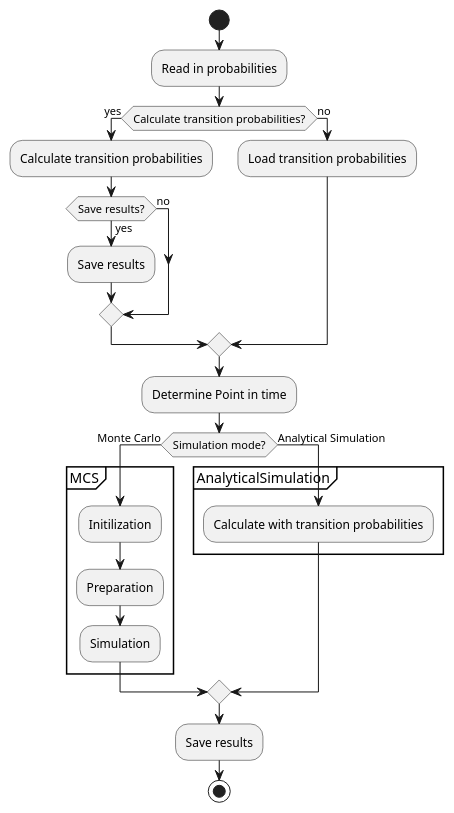
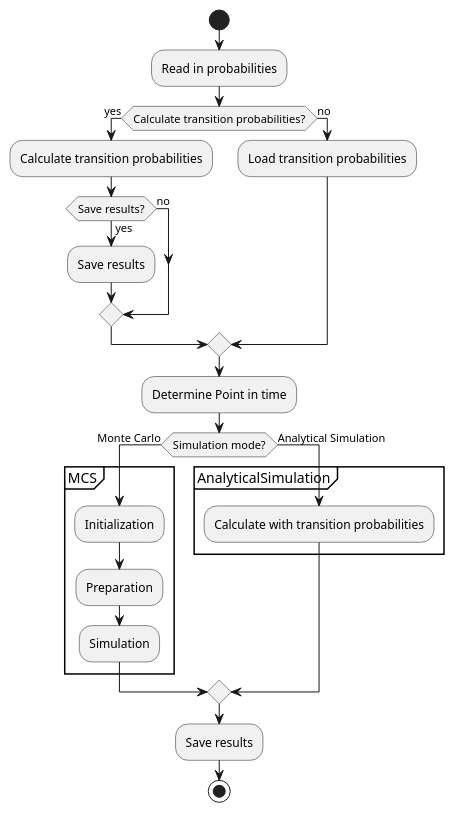
Before and after one commit to ie3-institute/MarkovsHousehold: the diagram in docs/puml/simulation_flowchart.puml, drawn with PlantUML. The commit also changed 16 other files, not shown here.

Commit message:
add uml rendering support

```diff
--- a/docs/puml/simulation_flowchart.puml
+++ b/docs/puml/simulation_flowchart.puml
@@ -1,27 +1,27 @@
 @startuml
 start
 :Read in probabilities;
 if(Calculate transition probabilities?) then(yes)
     :Calculate transition probabilities;
 if(Save results?) then(yes)
     :Save results;
 else(no)
 endif;
 else(no)
     :Load transition probabilities;
 endif;
 :Determine Point in time;
 if(Simulation mode?) then(Monte Carlo)
 partition MCS {
-:Initilization;
+:Initialization;
 :Preparation;
 :Simulation;
 }
 else (Analytical Simulation)
 partition AnalyticalSimulation {
 :Calculate with transition probabilities;
 }
 endif;
 :Save results;
 stop
 @enduml
```
